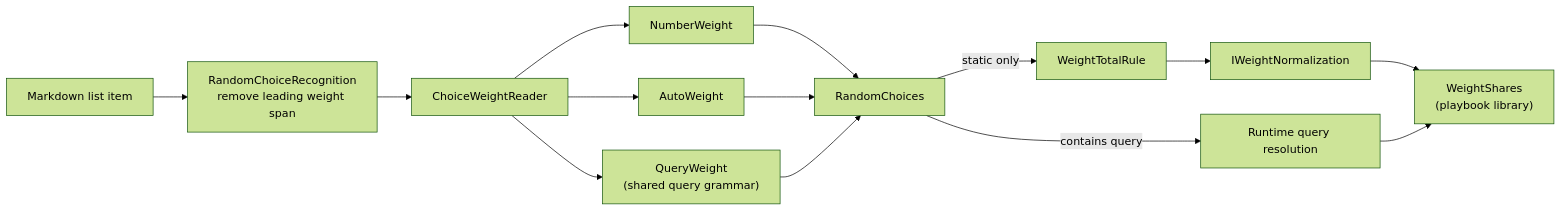
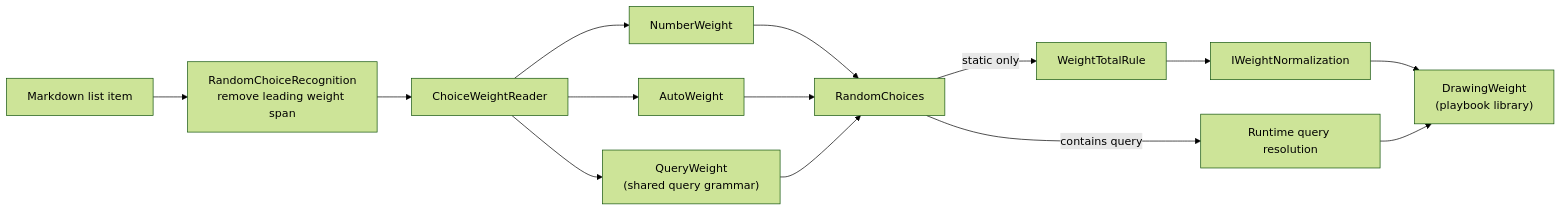
Before and after one commit to pengzhengyi/dialoguedown: the diagram in docs/contributing/design-notes/language/Random Choice.md, drawn with Mermaid (forest theme). The commit also changed other lines of this file and 1 other file, not shown here.

First line of the commit message:
refactor(script): turn the compiler's weights into drawing weights

````diff
--- a/docs/contributing/design-notes/language/Random Choice.md
+++ b/docs/contributing/design-notes/language/Random Choice.md
@@ -207,16 +208,16 @@
 ```mermaid
 flowchart LR
     LI["Markdown list item"] --> Recognize["RandomChoiceRecognition<br/>remove leading weight span"]
     Recognize --> Read["ChoiceWeightReader"]
     Read --> NW["NumberWeight"]
     Read --> AW["AutoWeight"]
     Read --> QW["QueryWeight<br/>(shared query grammar)"]
     NW --> RC["RandomChoices"]
     AW --> RC
     QW --> RC
     RC -->|static only| Rule["WeightTotalRule"]
     RC -->|contains query| Runtime["Runtime query resolution"]
     Rule --> Norm["IWeightNormalization"]
-    Norm --> Shares["WeightShares<br/>(playbook library)"]
-    Runtime --> Shares
+    Norm --> Drawing["DrawingWeight<br/>(playbook library)"]
+    Runtime --> Drawing
 ```
````
